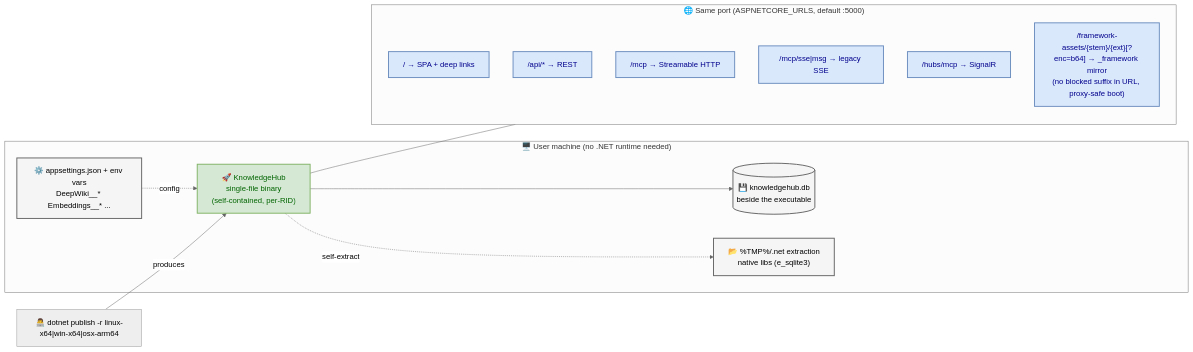
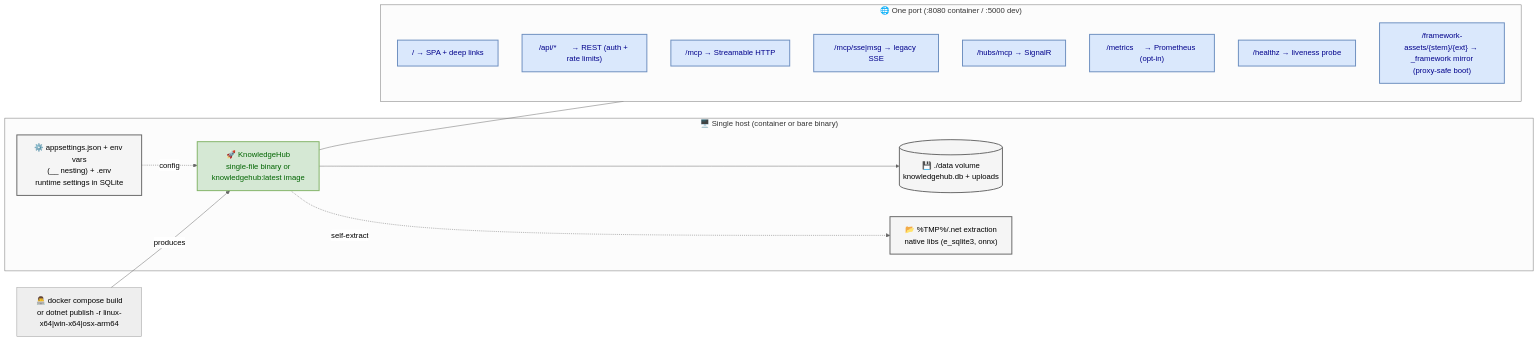
One commit to afonsoft/LangGraph-UI changed the diagram in docs/architecture/knowledge-hub_deployment.mmd. Above: the diagram before and after it, drawn with Mermaid. The commit also changed 29 other files, not shown here.

First line of the commit message:
docs: refresh architecture docs, ADRs, READMEs, and aux guides (#173)

```diff
--- a/docs/architecture/knowledge-hub_deployment.mmd
+++ b/docs/architecture/knowledge-hub_deployment.mmd
@@ -1,30 +1,32 @@
 %%{init: {'theme':'neutral'}}%%
 flowchart LR
-    subgraph Host["🖥️ User machine (no .NET runtime needed)"]
-        EXE["🚀 KnowledgeHub<br/>single-file binary<br/>(self-contained, per-RID)"]
-        DB[("💾 knowledgehub.db<br/>beside the executable")]
-        EXT["📂 %TMP%/.net extraction<br/>native libs (e_sqlite3)"]
-        CFG["⚙️ appsettings.json + env vars<br/>DeepWiki__* Embeddings__* ..."]
+    subgraph Host["🖥️ Single host (container or bare binary)"]
+        EXE["🚀 KnowledgeHub<br/>single-file binary or<br/>knowledgehub:latest image"]
+        DB[("💾 ./data volume<br/>knowledgehub.db + uploads")]
+        EXT["📂 %TMP%/.net extraction<br/>native libs (e_sqlite3, onnx)"]
+        CFG["⚙️ appsettings.json + env vars<br/>(__ nesting) + .env<br/>runtime settings in SQLite"]
         EXE --> DB
         EXE -.->|self-extract| EXT
         CFG -.->|config| EXE
     end
 
-    DEV["👨‍💻 dotnet publish -r linux-x64|win-x64|osx-arm64"] -->|produces| EXE
+    DEV["👨‍💻 docker compose build<br/>or dotnet publish -r linux-x64|win-x64|osx-arm64"] -->|produces| EXE
 
-    subgraph Net["🌐 Same port (ASPNETCORE_URLS, default :5000)"]
+    subgraph Net["🌐 One port (:8080 container / :5000 dev)"]
         R1["/            → SPA + deep links"]
-        R2["/api/*       → REST"]
+        R2["/api/*       → REST (auth + rate limits)"]
         R3["/mcp         → Streamable HTTP"]
         R4["/mcp/sse|msg → legacy SSE"]
         R5["/hubs/mcp    → SignalR"]
-        R6["/framework-assets/{stem}/{ext}[?enc=b64] → _framework mirror<br/>(no blocked suffix in URL, proxy-safe boot)"]
+        R6["/metrics     → Prometheus (opt-in)"]
+        R7["/healthz     → liveness probe"]
+        R8["/framework-assets/{stem}/{ext} → _framework mirror<br/>(proxy-safe boot)"]
     end
     EXE --- Net
 
     classDef bin fill:#d5e8d4,stroke:#82b366,stroke-width:2px,color:darkgreen
     classDef data fill:#f5f5f5,stroke:#666666,stroke-width:2px,color:black
     classDef net fill:#dae8fc,stroke:#6c8ebf,stroke-width:2px,color:darkblue
     class EXE bin
     class DB,EXT,CFG data
-    class R1,R2,R3,R4,R5,R6 net
+    class R1,R2,R3,R4,R5,R6,R7,R8 net
```
